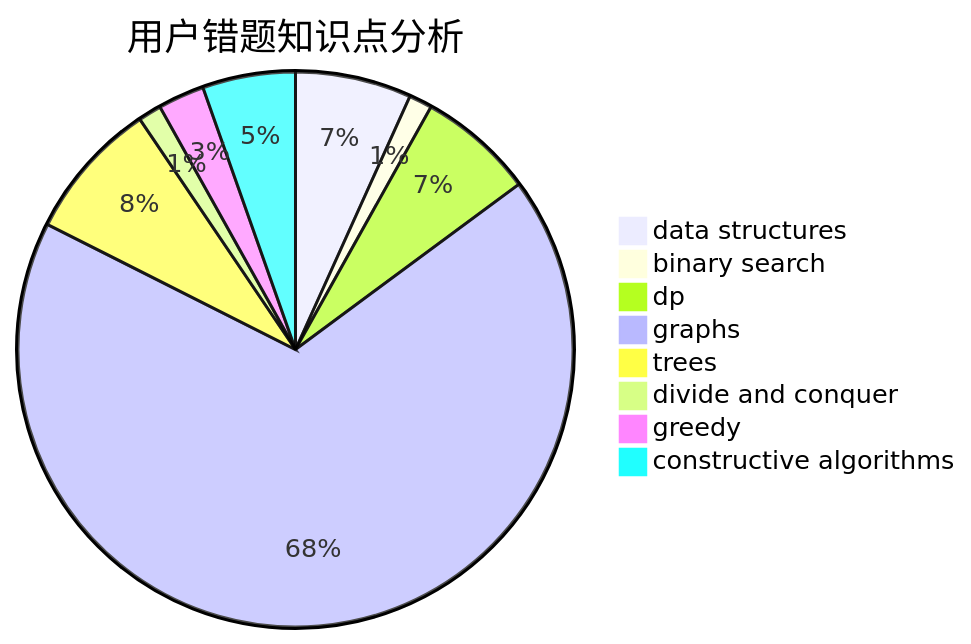
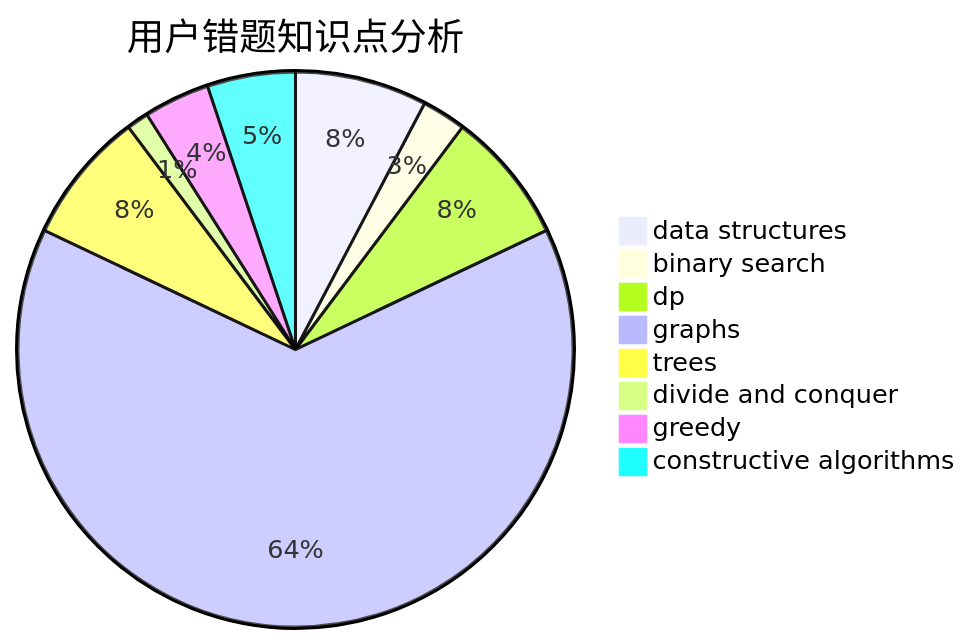
Before and after one commit to sherpahu/cfrs.github.io: the third of 3 diagrams in docs/user/u2318.md, drawn with Mermaid. The commit also changed other lines of this file and 2770 other files, not shown here.

````diff
--- a/docs/user/u2318.md
+++ b/docs/user/u2318.md
@@ -36,11 +36,11 @@
 ```mermaid
 pie title 用户错题知识点分析
-    "data structures" :  5
-    "binary search" :  1
-    "dp" :  5
+    "data structures" :  6
+    "binary search" :  2
+    "dp" :  6
     "graphs" :  50
     "trees" :  6
     "divide and conquer" :  1
-    "greedy" :  2
+    "greedy" :  3
     "constructive algorithms" :  4
 ```
````
